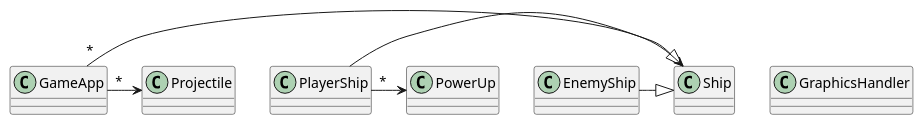
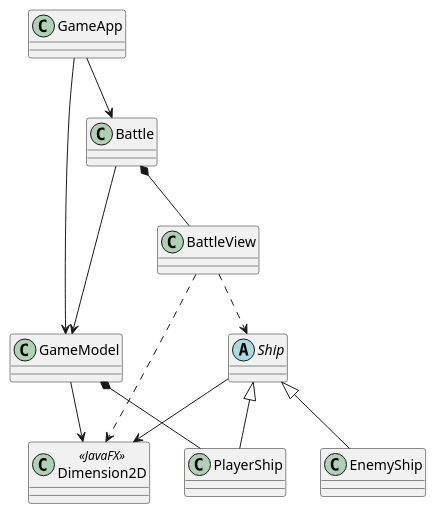
The diagram in uml.puml (lishaduck/csse220-project), drawn with PlantUML before and after one commit. The commit also changed 11 other files, not shown here.

```diff
--- a/uml.puml
+++ b/uml.puml
@@ -1,22 +1,22 @@
 @startuml
 class GameApp
+class Battle
+class BattleView
+class GameModel
+abstract class Ship
+class PlayerShip
+class EnemyShip
+class Dimension2D <<JavaFX>>
 
-class PlayerShip
-
-class GraphicsHandler
-
-class Projectile
-
-class EnemyShip
-
-class Ship
-
-class PowerUp
-
-
-GameApp "*"-> Ship
-GameApp "*"-> Projectile
-PlayerShip "*"-> PowerUp
-EnemyShip -|> Ship
-PlayerShip -|> Ship
+GameApp --> GameModel
+GameApp --> Battle
+Battle *-- BattleView
+Battle --> GameModel
+GameModel *-- PlayerShip
+GameModel --> Dimension2D
+Ship <|-- PlayerShip
+Ship <|-- EnemyShip
+Ship --> Dimension2D
+BattleView ..> Ship
+BattleView ..> Dimension2D
 @enduml
```
